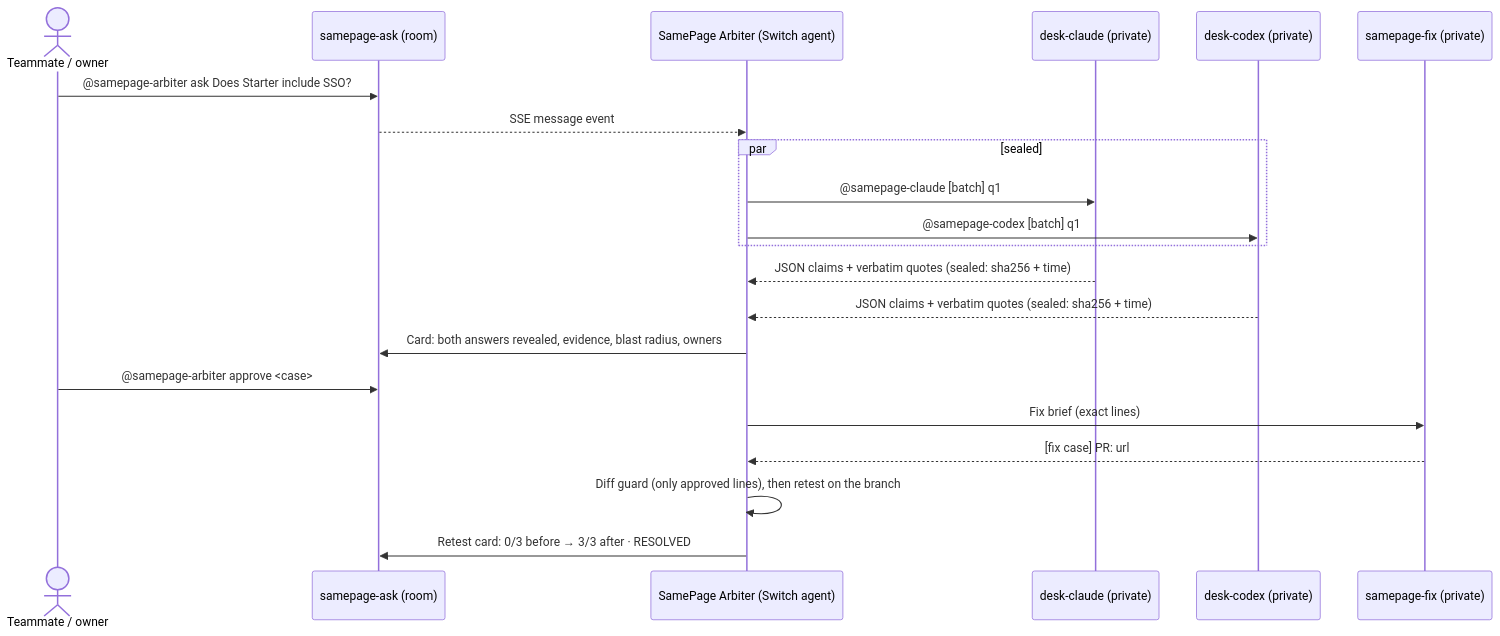
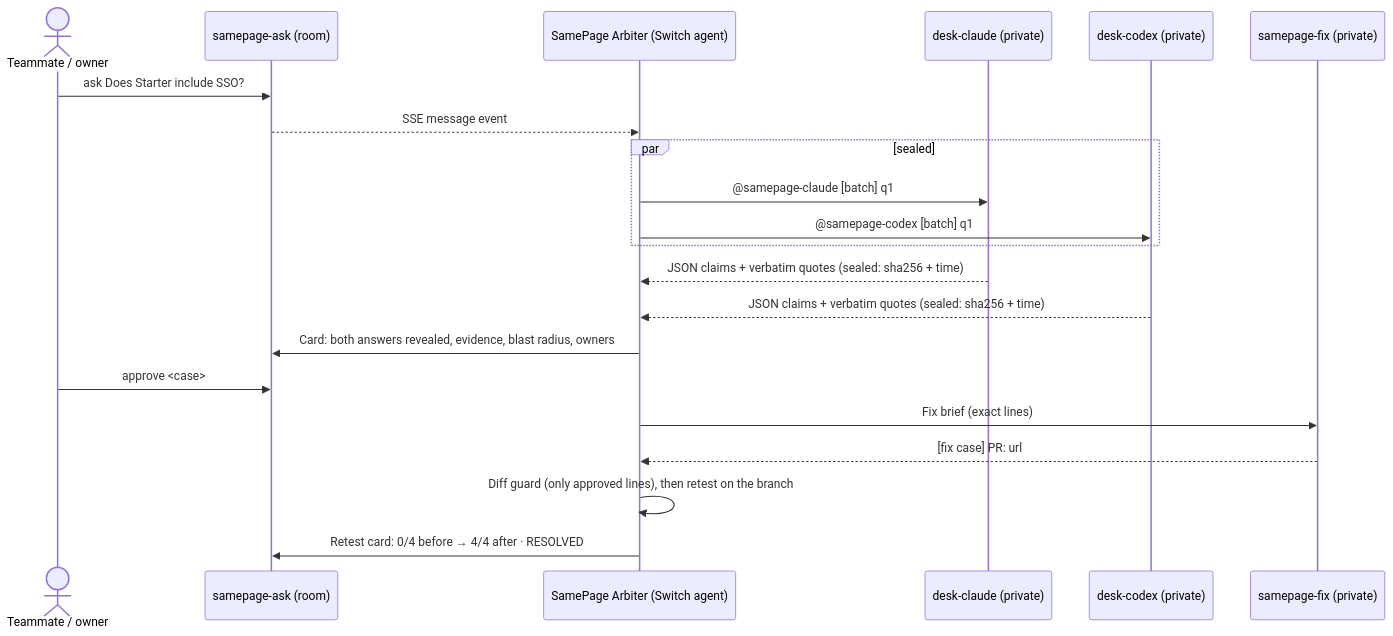
Before and after one commit to SCVaitla/samepage: the diagram in README.md, drawn with Mermaid. The commit also changed other lines of this file and 1 other file, not shown here.

````diff
--- a/README.md
+++ b/README.md
@@ -24,23 +24,23 @@
 ```mermaid
 sequenceDiagram
   actor H as Teammate / owner
   participant Ask as samepage-ask (room)
   participant Arb as SamePage Arbiter (Switch agent)
   participant DA as desk-claude (private)
   participant DB as desk-codex (private)
   participant Fix as samepage-fix (private)
-  H->>Ask: @samepage-arbiter ask Does Starter include SSO?
+  H->>Ask: ask Does Starter include SSO?
   Ask-->>Arb: SSE message event
   par sealed
     Arb->>DA: @samepage-claude [batch] q1
     Arb->>DB: @samepage-codex [batch] q1
   end
   DA-->>Arb: JSON claims + verbatim quotes (sealed: sha256 + time)
   DB-->>Arb: JSON claims + verbatim quotes (sealed: sha256 + time)
   Arb->>Ask: Card: both answers revealed, evidence, blast radius, owners
-  H->>Ask: @samepage-arbiter approve <case>
+  H->>Ask: approve <case>
   Arb->>Fix: Fix brief (exact lines)
   Fix-->>Arb: [fix case] PR: url
   Arb->>Arb: Diff guard (only approved lines), then retest on the branch
-  Arb->>Ask: Retest card: 0/3 before → 3/3 after · RESOLVED
+  Arb->>Ask: Retest card: 0/4 before → 4/4 after · RESOLVED
 ```
````
